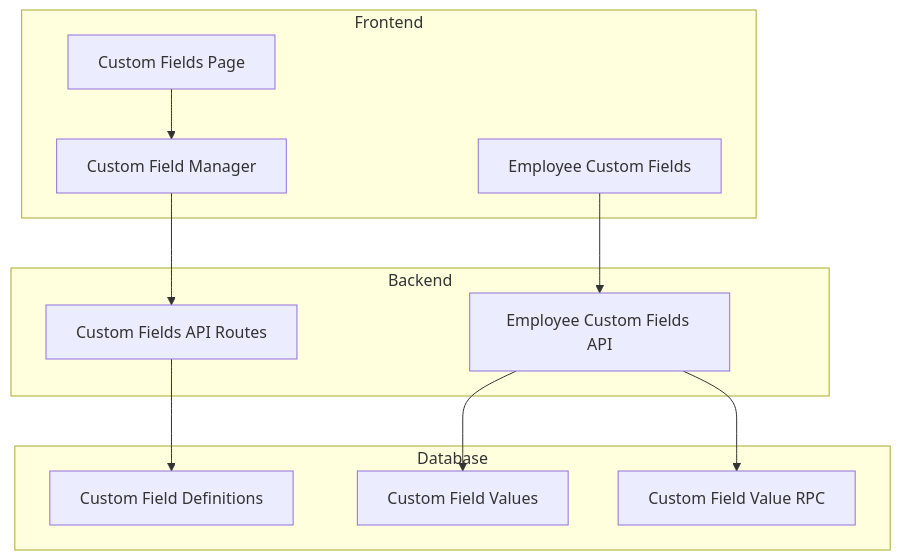
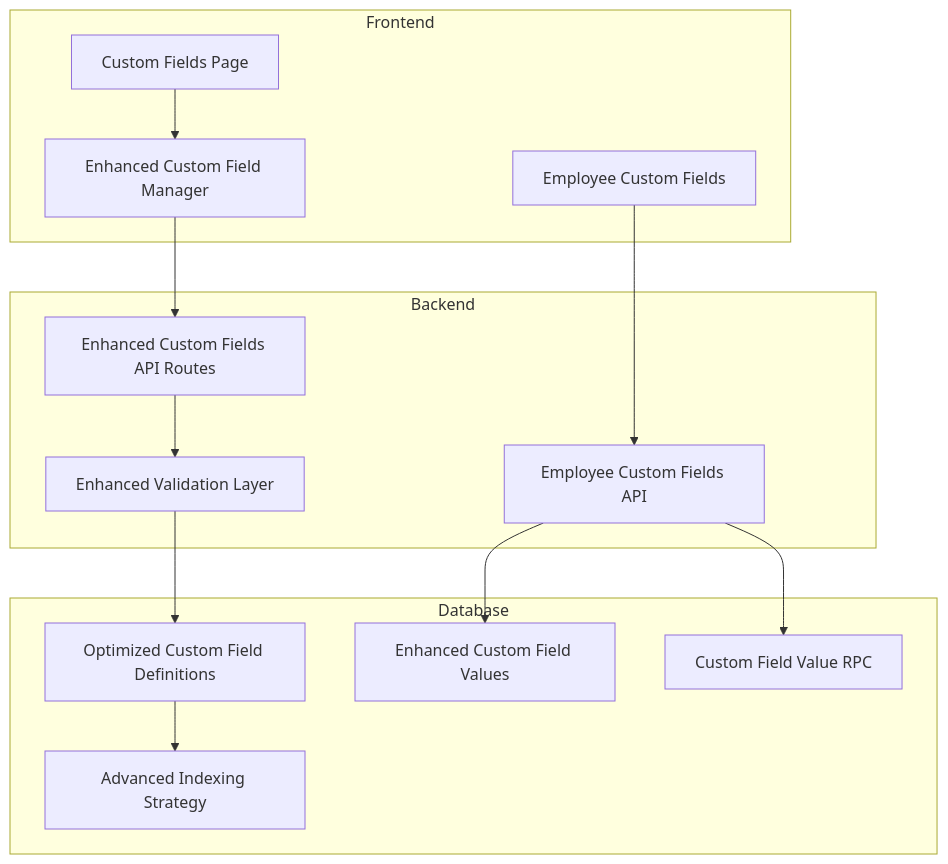
One commit to EdwinCycling/LiquidHR changed the first of 6 diagrams in .qoder/repowiki/en/content/Advanced Features/Custom Fields System/Custom Fields System.md. Above: the diagram before and after it, drawn with Mermaid. The commit also changed other lines of this file and 26 other files, not shown here.

````diff
--- a/.qoder/repowiki/en/content/Advanced Features/Custom Fields System/Custom Fields System.md
+++ b/.qoder/repowiki/en/content/Advanced Features/Custom Fields System/Custom Fields System.md
@@ -41,23 +52,27 @@
 ```mermaid
 graph TB
 subgraph "Frontend"
 CFPage["Custom Fields Page"]
-CFManager["Custom Field Manager"]
+CFManager["Enhanced Custom Field Manager"]
 EmployeeCF["Employee Custom Fields"]
 end
 subgraph "Backend"
-CFRoutes["Custom Fields API Routes"]
+CFRoutes["Enhanced Custom Fields API Routes"]
 EmployeeCFRoutes["Employee Custom Fields API"]
+ValidationLayer["Enhanced Validation Layer"]
 end
 subgraph "Database"
-CFTable["Custom Field Definitions"]
-CFValuesTable["Custom Field Values"]
+CFTable["Optimized Custom Field Definitions"]
+CFValuesTable["Enhanced Custom Field Values"]
 RPCCustomField["Custom Field Value RPC"]
+Indexes["Advanced Indexing Strategy"]
 end
 CFPage --> CFManager
 CFManager --> CFRoutes
 EmployeeCF --> EmployeeCFRoutes
-CFRoutes --> CFTable
+CFRoutes --> ValidationLayer
+ValidationLayer --> CFTable
 EmployeeCFRoutes --> CFValuesTable
 EmployeeCFRoutes --> RPCCustomField
+CFTable --> Indexes
 ```
````
